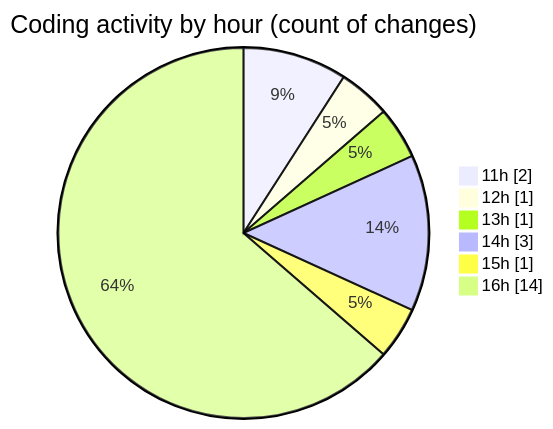
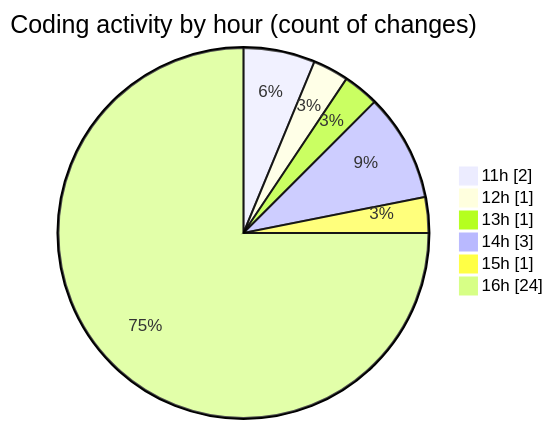
Before and after one commit to momahboobian/code-tracking: the second of 2 diagrams in 2026-01-06/cda/README.md, drawn with Mermaid. The commit also changed other lines of this file and 1 other file, not shown here.

````diff
--- a/2026-01-06/cda/README.md
+++ b/2026-01-06/cda/README.md
@@ -38,10 +38,10 @@
 ```mermaid
 pie showData
 title Coding activity by hour (count of changes)
 "11h" : 2
 "12h" : 1
 "13h" : 1
 "14h" : 3
 "15h" : 1
-"16h" : 14
+"16h" : 24
 ```
````
